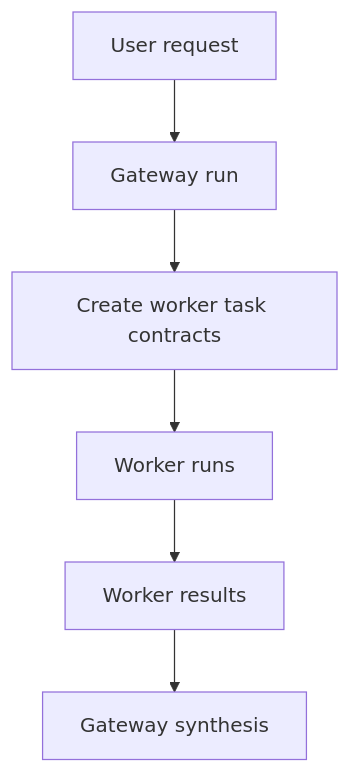
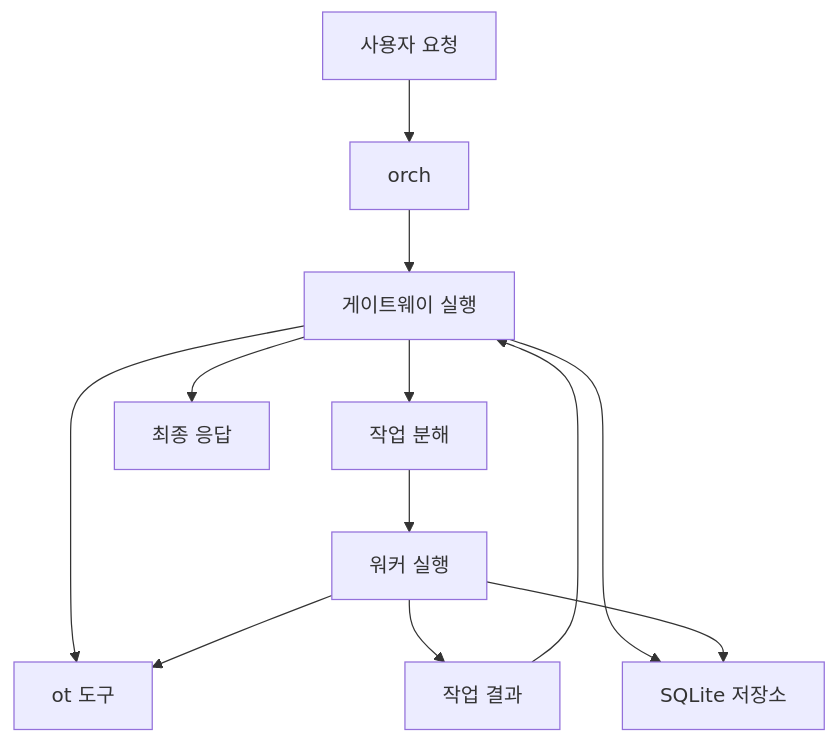
Before and after one commit to keonho-kim/orch: the diagram in docs/system-overview.md, drawn with Mermaid. The commit also changed other lines of this file and 109 other files, not shown here.

````diff
--- a/docs/system-overview.md
+++ b/docs/system-overview.md
@@ -10,8 +13,14 @@
 ```mermaid
 flowchart TD
-    U["User request"] --> G["Gateway run"]
-    G --> D["Create worker task contracts"]
-    D --> W["Worker runs"]
-    W --> R["Worker results"]
-    R --> G2["Gateway synthesis"]
+    U["사용자 요청"] --> C["orch"]
+    C --> G["게이트웨이 실행"]
+    G --> P["작업 분해"]
+    P --> W["워커 실행"]
+    G --> T["ot 도구"]
+    W --> T
+    W --> R["작업 결과"]
+    R --> G
+    G --> O["최종 응답"]
+    G --> DB["SQLite 저장소"]
+    W --> DB
 ```
````
